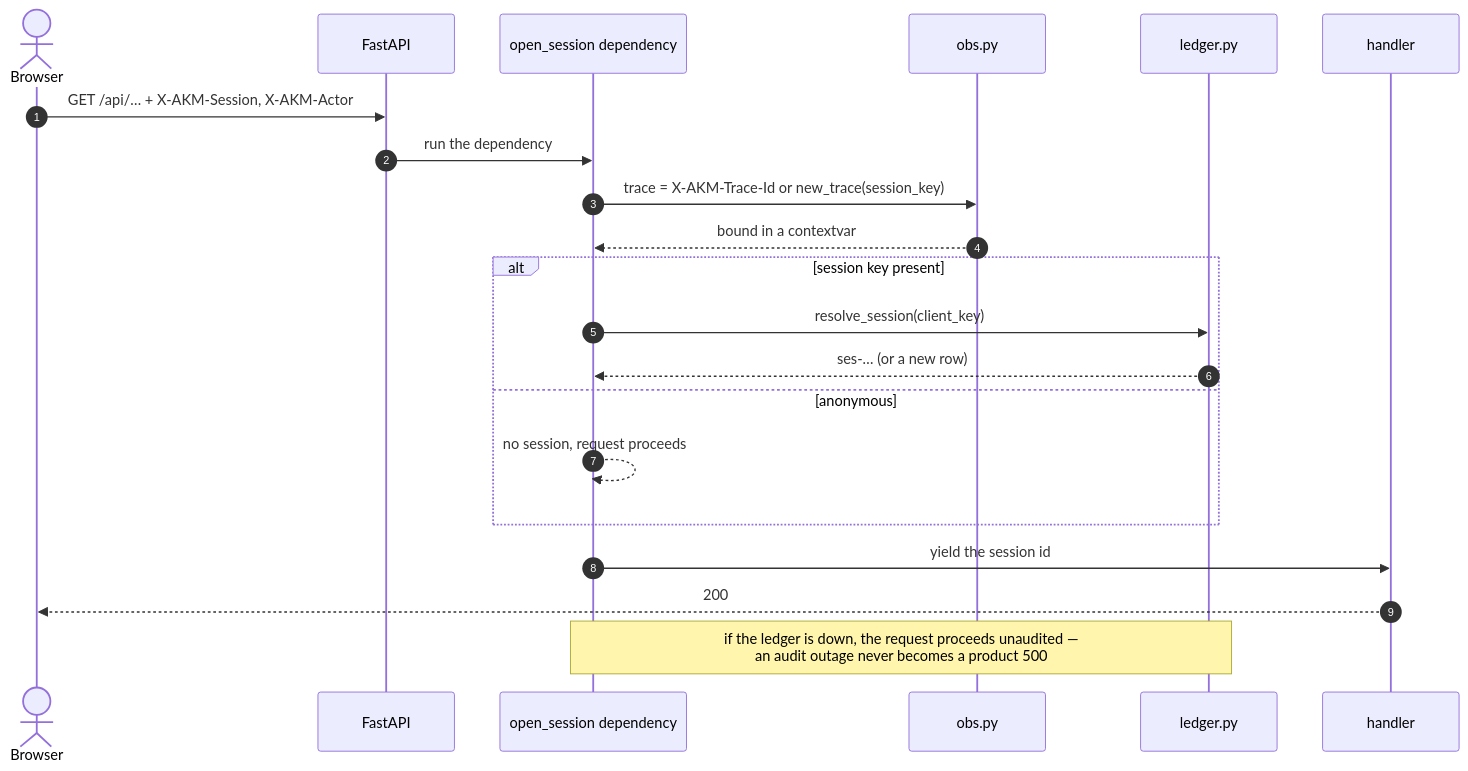
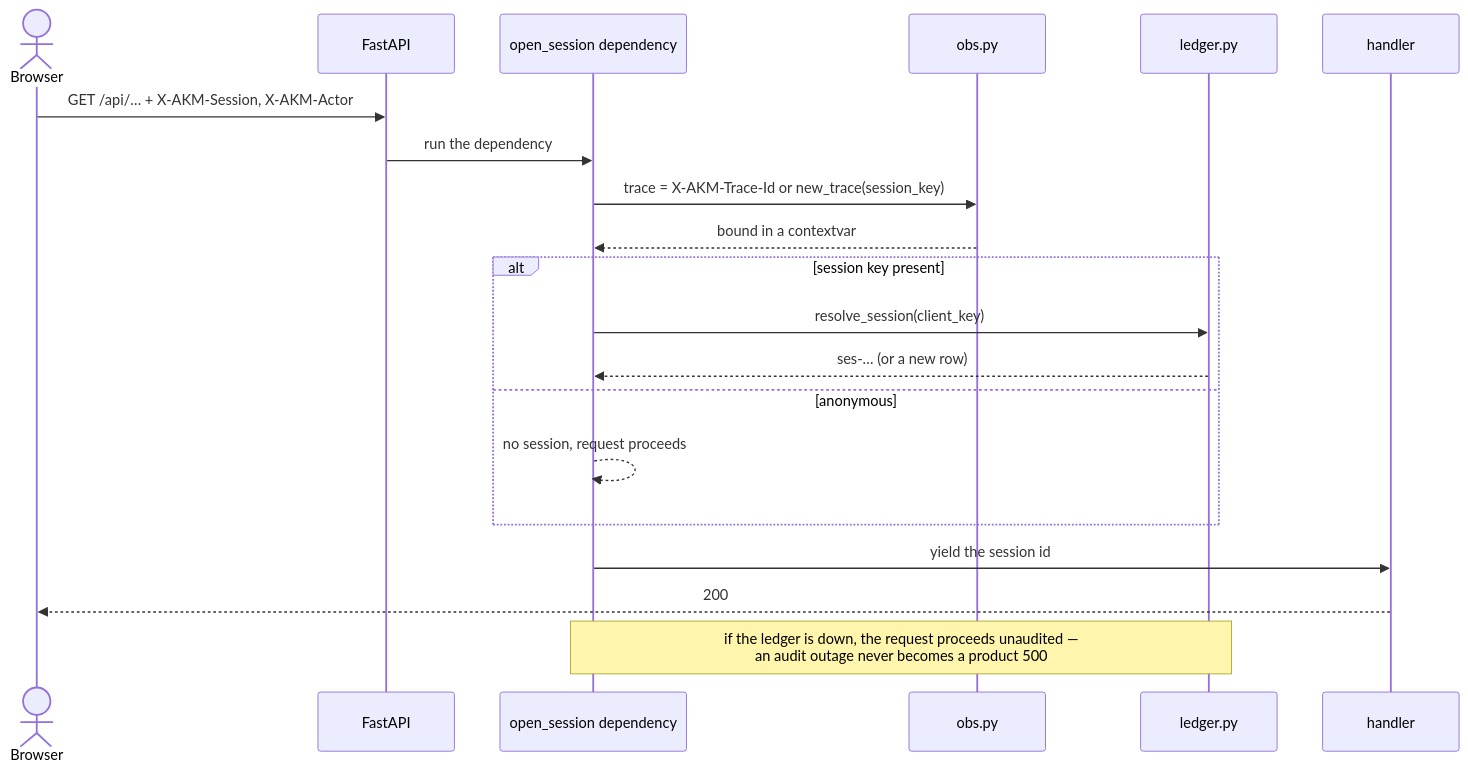
One commit to harishgovardhandamodar/agentic-knowledge-mapper changed the first of 12 diagrams in design/interaction.md. Above: the diagram before and after it, drawn with Mermaid. The commit also changed other lines of this file and 2 other files, not shown here.

Commit message:
Fix overlapping Mermaid diagrams: serialize renders, drop colliding autonumbers

````diff
--- a/design/interaction.md
+++ b/design/interaction.md
@@ -15,24 +15,23 @@
 ```mermaid
 sequenceDiagram
-    autonumber
     actor U as Browser
     participant API as FastAPI
     participant SESS as open_session dependency
     participant OBS as obs.py
     participant L as ledger.py
     participant H as handler
     U->>API: GET /api/… + X-AKM-Session, X-AKM-Actor
     API->>SESS: run the dependency
     SESS->>OBS: trace = X-AKM-Trace-Id or new_trace(session_key)
     OBS-->>SESS: bound in a contextvar
     alt session key present
         SESS->>L: resolve_session(client_key)
         L-->>SESS: ses-… (or a new row)
     else anonymous
         SESS-->>SESS: no session, request proceeds
     end
     SESS->>H: yield the session id
     H-->>U: 200
     Note over SESS,L: if the ledger is down, the request proceeds unaudited —<br/>an audit outage never becomes a product 500
 
 ```
````
